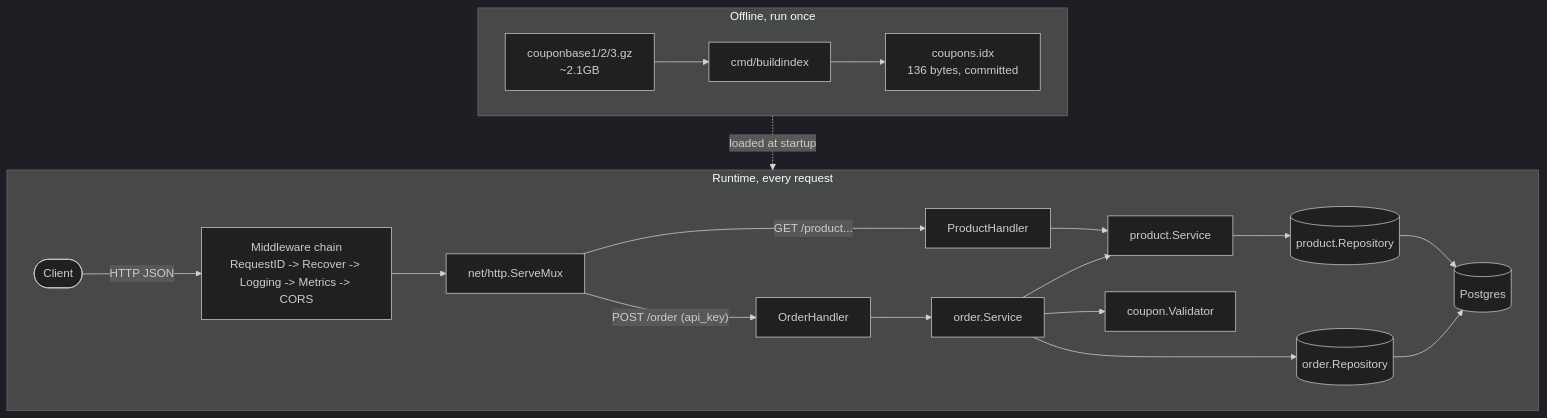
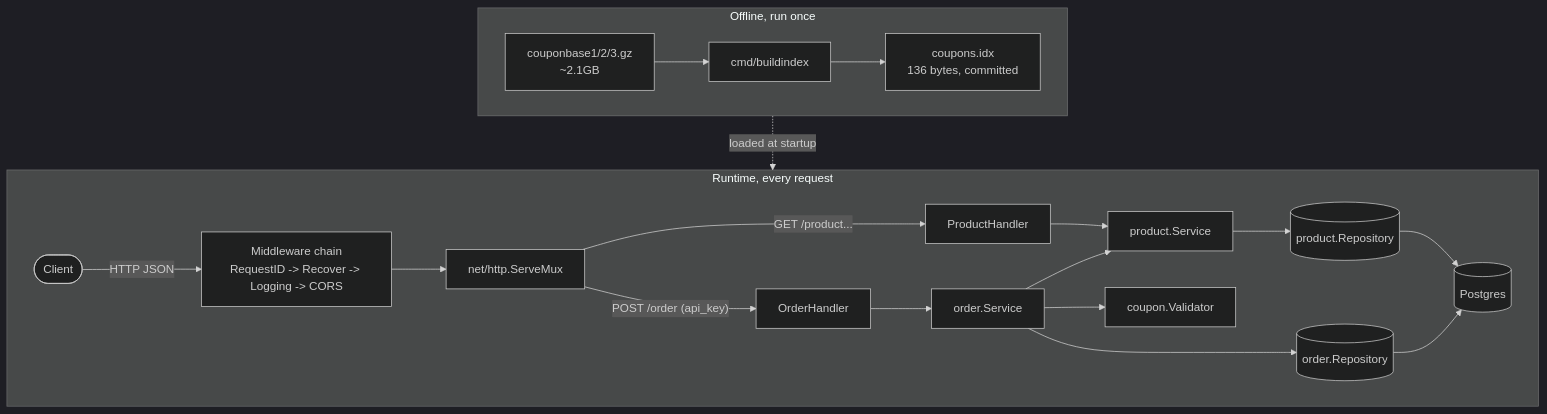
The diagram in README.md (Vasanth-Korada/oolio-kart-challenge), drawn with Mermaid (dark theme) before and after one commit. The commit also changed other lines of this file and 9 other files, not shown here.

````diff
--- a/README.md
+++ b/README.md
@@ -44,26 +44,26 @@
 ```mermaid
 flowchart TB
     subgraph Offline["Offline, run once"]
         direction LR
         RAW["couponbase1/2/3.gz<br/>~2.1GB"] --> BI["cmd/buildindex"]
         BI --> IDX["coupons.idx<br/>136 bytes, committed"]
     end
 
     subgraph Runtime["Runtime, every request"]
         direction LR
-        Client(["Client"]) -->|HTTP JSON| MW["Middleware chain<br/>RequestID -&gt; Recover -&gt; Logging -&gt; Metrics -&gt; CORS"]
+        Client(["Client"]) -->|HTTP JSON| MW["Middleware chain<br/>RequestID -&gt; Recover -&gt; Logging -&gt; CORS"]
         MW --> Mux["net/http.ServeMux"]
         Mux -->|"GET /product..."| PH["ProductHandler"]
         Mux -->|"POST /order (api_key)"| OH["OrderHandler"]
         PH --> PS["product.Service"]
         OH --> OS["order.Service"]
         OS --> PS
         OS --> CV["coupon.Validator"]
         PS --> PR[("product.Repository")]
         OS --> OR[("order.Repository")]
         PR --> PG[("Postgres")]
         OR --> PG
     end
 
     IDX -. loaded at startup .-> CV
 ```
````
